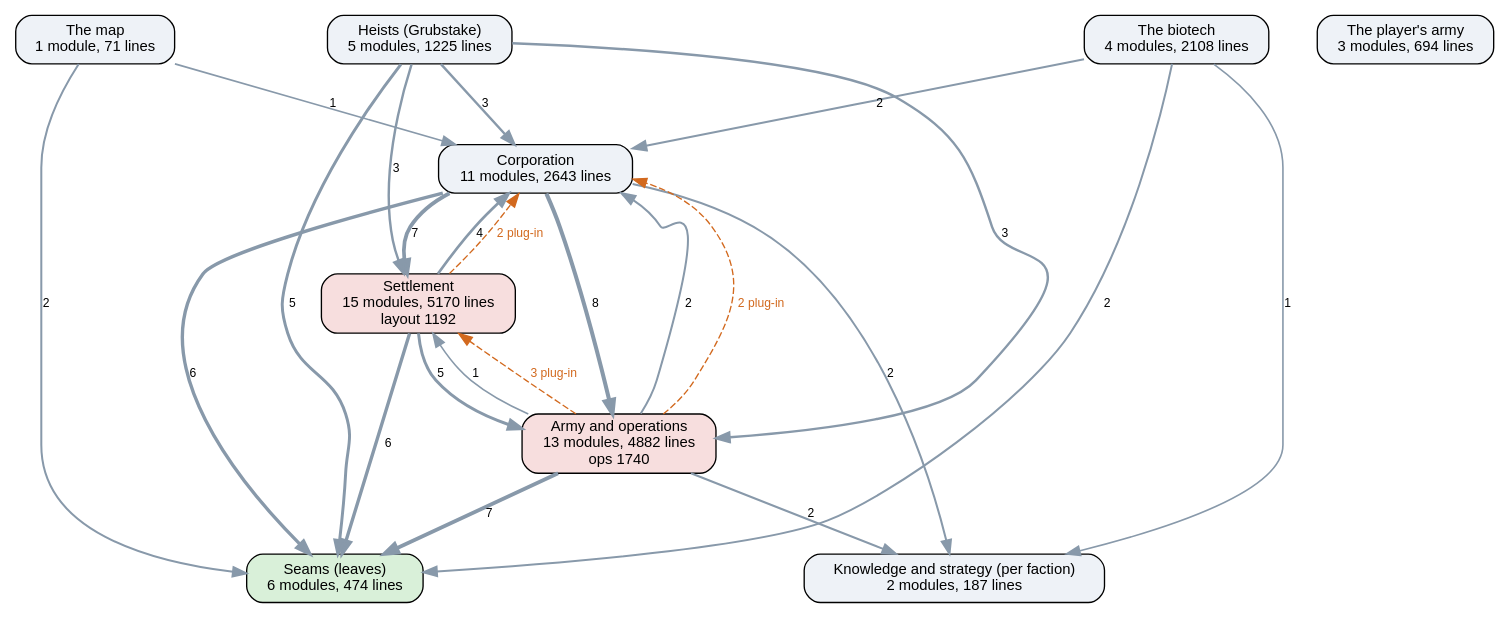
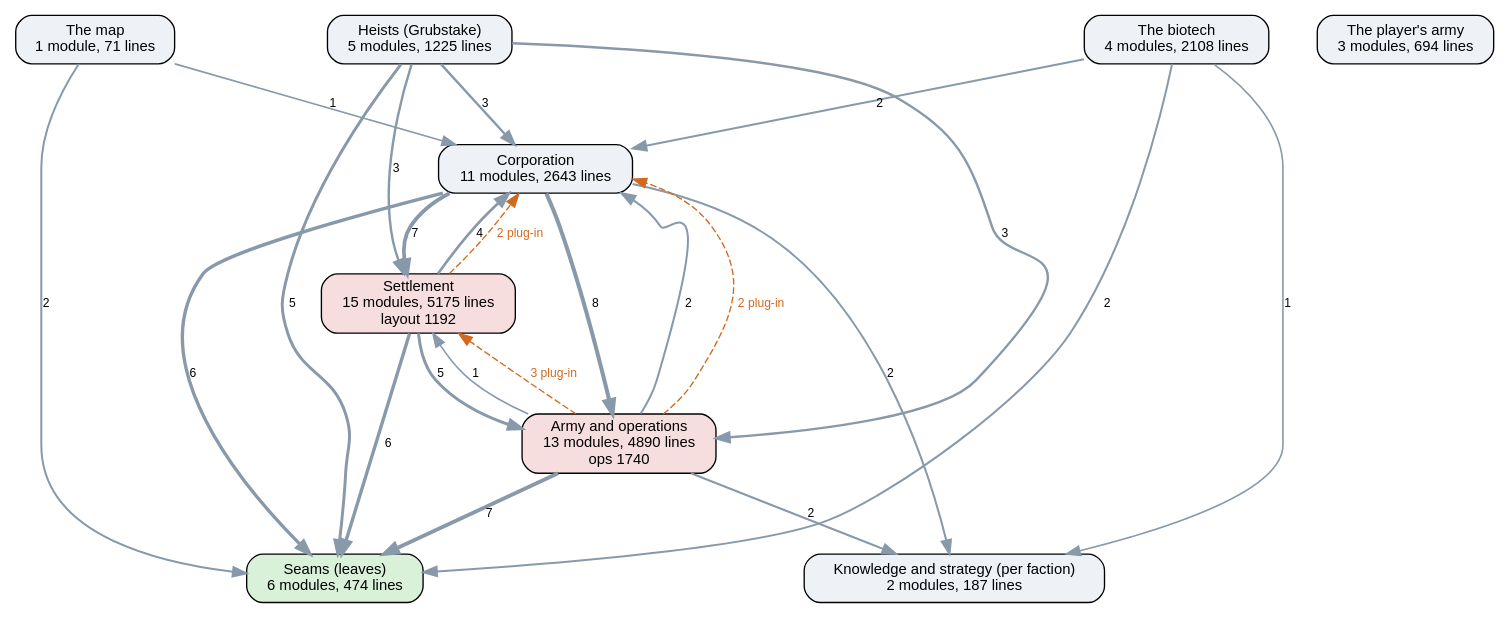
Before and after one commit to kinelhu/landing-party: the diagram in docs/ai-layers.dot, drawn with Graphviz. The commit also changed 102 other files, not shown here.

```diff
--- a/docs/ai-layers.dot
+++ b/docs/ai-layers.dot
@@ -1,37 +1,37 @@
 digraph layers {
   graph [rankdir=TB, fontname="Helvetica", nodesep=0.5, ranksep=0.7];
   node [shape=box, style="rounded,filled", fontname="Helvetica", fontsize=11, fillcolor="#eef2f7"];
   edge [color="#8899aa", fontname="Helvetica", fontsize=9];
   "Seams (leaves)" [label="Seams (leaves)\n6 modules, 474 lines", fillcolor="#d9f0d9"];
   "Knowledge and strategy (per faction)" [label="Knowledge and strategy (per faction)\n2 modules, 187 lines", fillcolor="#eef2f7"];
   "Corporation" [label="Corporation\n11 modules, 2643 lines", fillcolor="#eef2f7"];
-  "Settlement" [label="Settlement\n15 modules, 5170 lines\nlayout 1192", fillcolor="#f7dede"];
-  "Army and operations" [label="Army and operations\n13 modules, 4882 lines\nops 1740", fillcolor="#f7dede"];
+  "Settlement" [label="Settlement\n15 modules, 5175 lines\nlayout 1192", fillcolor="#f7dede"];
+  "Army and operations" [label="Army and operations\n13 modules, 4890 lines\nops 1740", fillcolor="#f7dede"];
   "Heists (Grubstake)" [label="Heists (Grubstake)\n5 modules, 1225 lines", fillcolor="#eef2f7"];
   "The biotech" [label="The biotech\n4 modules, 2108 lines", fillcolor="#eef2f7"];
   "The map" [label="The map\n1 module, 71 lines", fillcolor="#eef2f7"];
   "The player's army" [label="The player's army\n3 modules, 694 lines", fillcolor="#eef2f7"];
   "Army and operations" -> "Corporation" [label="2", penwidth=1.5];
   "Army and operations" -> "Knowledge and strategy (per faction)" [label="2", penwidth=1.5];
   "Army and operations" -> "Seams (leaves)" [label="7", penwidth=2.8];
   "Army and operations" -> "Settlement" [label="1", penwidth=1.2];
   "Corporation" -> "Army and operations" [label="8", penwidth=3.0];
   "Corporation" -> "Knowledge and strategy (per faction)" [label="2", penwidth=1.5];
   "Corporation" -> "Seams (leaves)" [label="6", penwidth=2.5];
   "Corporation" -> "Settlement" [label="7", penwidth=2.8];
   "Heists (Grubstake)" -> "Army and operations" [label="3", penwidth=1.8];
   "Heists (Grubstake)" -> "Corporation" [label="3", penwidth=1.8];
   "Heists (Grubstake)" -> "Seams (leaves)" [label="5", penwidth=2.2];
   "Heists (Grubstake)" -> "Settlement" [label="3", penwidth=1.8];
   "Settlement" -> "Army and operations" [label="5", penwidth=2.2];
   "Settlement" -> "Corporation" [label="4", penwidth=2.0];
   "Settlement" -> "Seams (leaves)" [label="6", penwidth=2.5];
   "The biotech" -> "Corporation" [label="2", penwidth=1.5];
   "The biotech" -> "Knowledge and strategy (per faction)" [label="1", penwidth=1.2];
   "The biotech" -> "Seams (leaves)" [label="2", penwidth=1.5];
   "The map" -> "Corporation" [label="1", penwidth=1.2];
   "The map" -> "Seams (leaves)" [label="2", penwidth=1.5];
   "Army and operations" -> "Corporation" [style=dashed, color="#d2691e", fontcolor="#d2691e", label="2 plug-in"];
   "Army and operations" -> "Settlement" [style=dashed, color="#d2691e", fontcolor="#d2691e", label="3 plug-in"];
   "Settlement" -> "Corporation" [style=dashed, color="#d2691e", fontcolor="#d2691e", label="2 plug-in"];
 }
```
